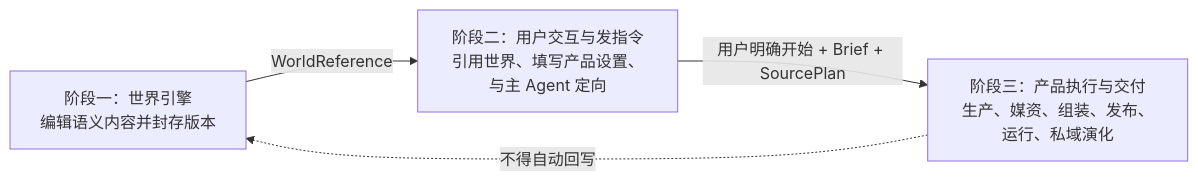
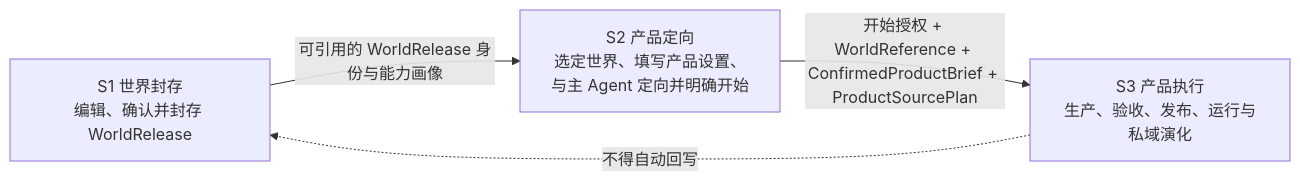
One commit to yuanbw2025/storyforge changed the second of 2 diagrams in docs/PROJECT-MASTER-CHARTER.md. Above: the diagram before and after it, drawn with Mermaid. The commit also changed other lines of this file and 15 other files, not shown here.

Commit message:
docs(architecture): canonicalize world product stages

````diff
--- a/docs/PROJECT-MASTER-CHARTER.md
+++ b/docs/PROJECT-MASTER-CHARTER.md
@@ -232,9 +235,9 @@
 ```mermaid
 flowchart LR
-    W["阶段一：世界引擎\n编辑语义内容并封存版本"]
-    I["阶段二：用户交互与发指令\n引用世界、填写产品设置、与主 Agent 定向"]
-    P["阶段三：产品执行与交付\n生产、媒资、组装、发布、运行、私域演化"]
-    W -->|"WorldReference"| I
-    I -->|"用户明确开始 + Brief + SourcePlan"| P
-    P -. "不得自动回写" .-> W
+    S1["S1 世界封存\n编辑、确认并封存 WorldRelease"]
+    S2["S2 产品定向\n选定世界、填写产品设置、与主 Agent 定向并明确开始"]
+    S3["S3 产品执行\n生产、验收、发布、运行与私域演化"]
+    S1 -->|"可引用的 WorldRelease 身份与能力画像"| S2
+    S2 -->|"开始授权 + WorldReference + ConfirmedProductBrief + ProductSourcePlan"| S3
+    S3 -. "不得自动回写" .-> S1
 ```
````
